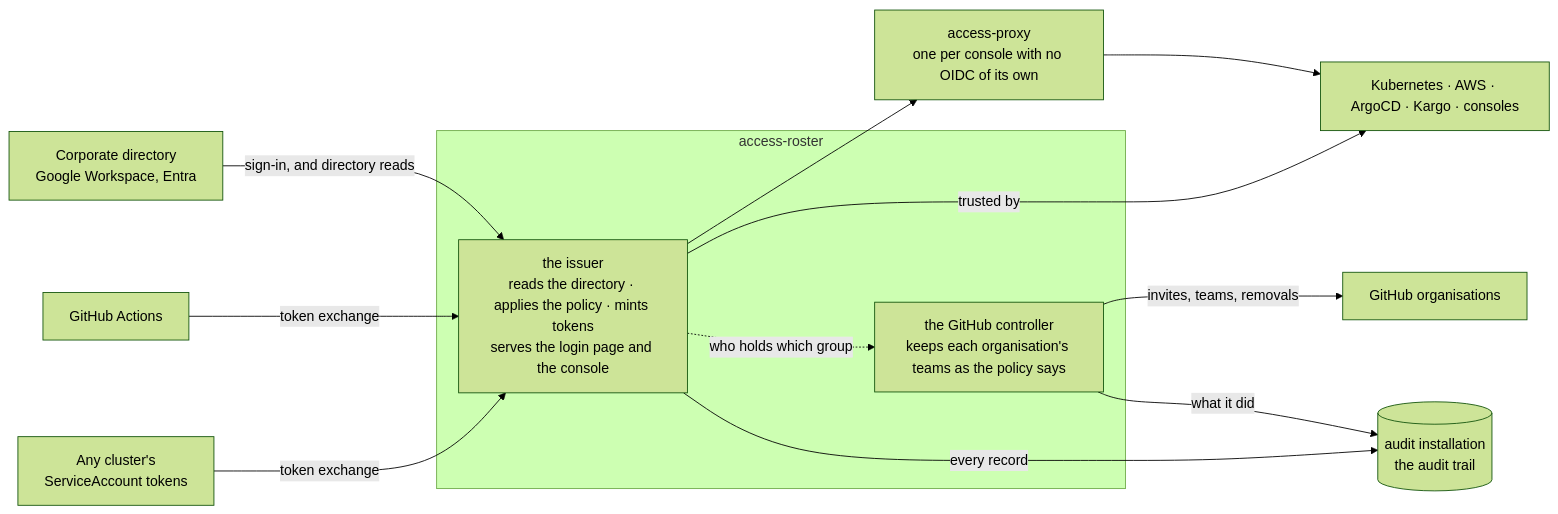
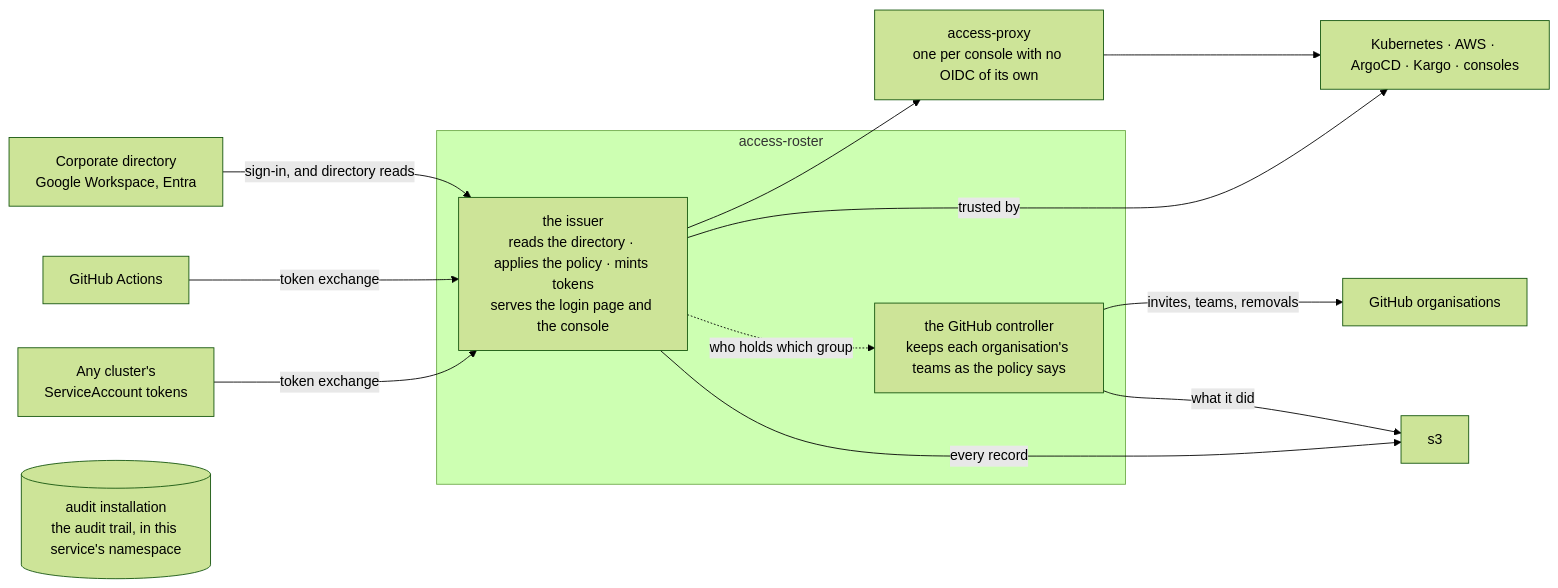
The diagram in README.md (truvity/access-roster), drawn with Mermaid (forest theme) before and after one commit. The commit also changed other lines of this file and 26 other files, not shown here.

````diff
--- a/README.md
+++ b/README.md
@@ -114,26 +114,26 @@
 ```mermaid
 flowchart LR
   idp["Corporate directory<br/>Google Workspace, Entra"]
   gh["GitHub Actions"]
   k8s["Any cluster's<br/>ServiceAccount tokens"]
 
   subgraph ar["access-roster"]
     iss["the issuer<br/>reads the directory · applies the policy · mints tokens<br/>serves the login page and the console"]
     ctl["the GitHub controller<br/>keeps each organisation's teams as the policy says"]
   end
 
   proxy["access-proxy<br/>one per console with no OIDC of its own"]
   apps["Kubernetes · AWS · ArgoCD · Kargo · consoles"]
   orgs["GitHub organisations"]
-  s3[("audit installation<br/>the audit trail")]
+  aud[("audit installation<br/>the audit trail, in this service's namespace")]
 
   idp -- "sign-in, and directory reads" --> iss
   gh -- "token exchange" --> iss
   k8s -- "token exchange" --> iss
   iss --> proxy --> apps
   iss -- "trusted by" --> apps
   iss -. "who holds which group" .-> ctl
   ctl -- "invites, teams, removals" --> orgs
   iss -- "every record" --> s3
   ctl -- "what it did" --> s3
 ```
````
